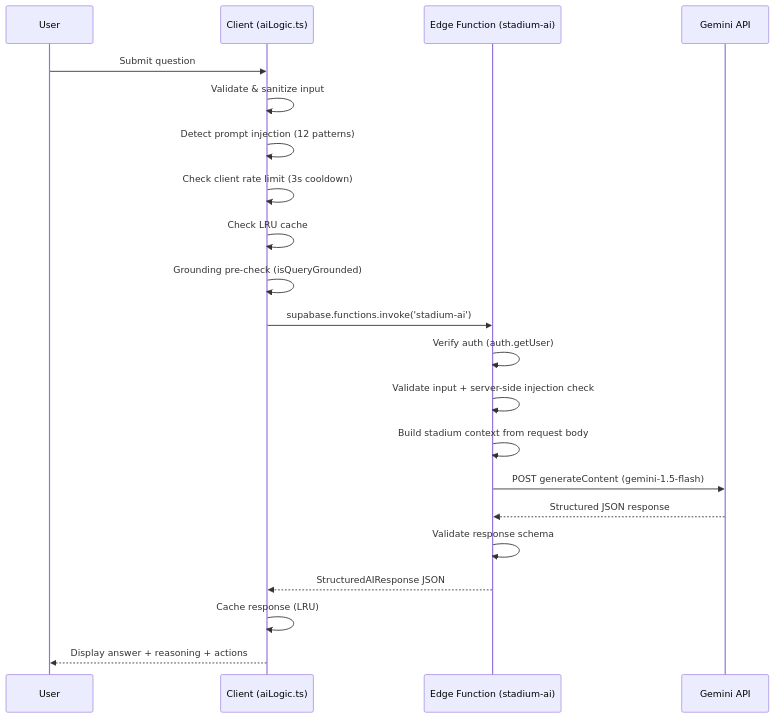
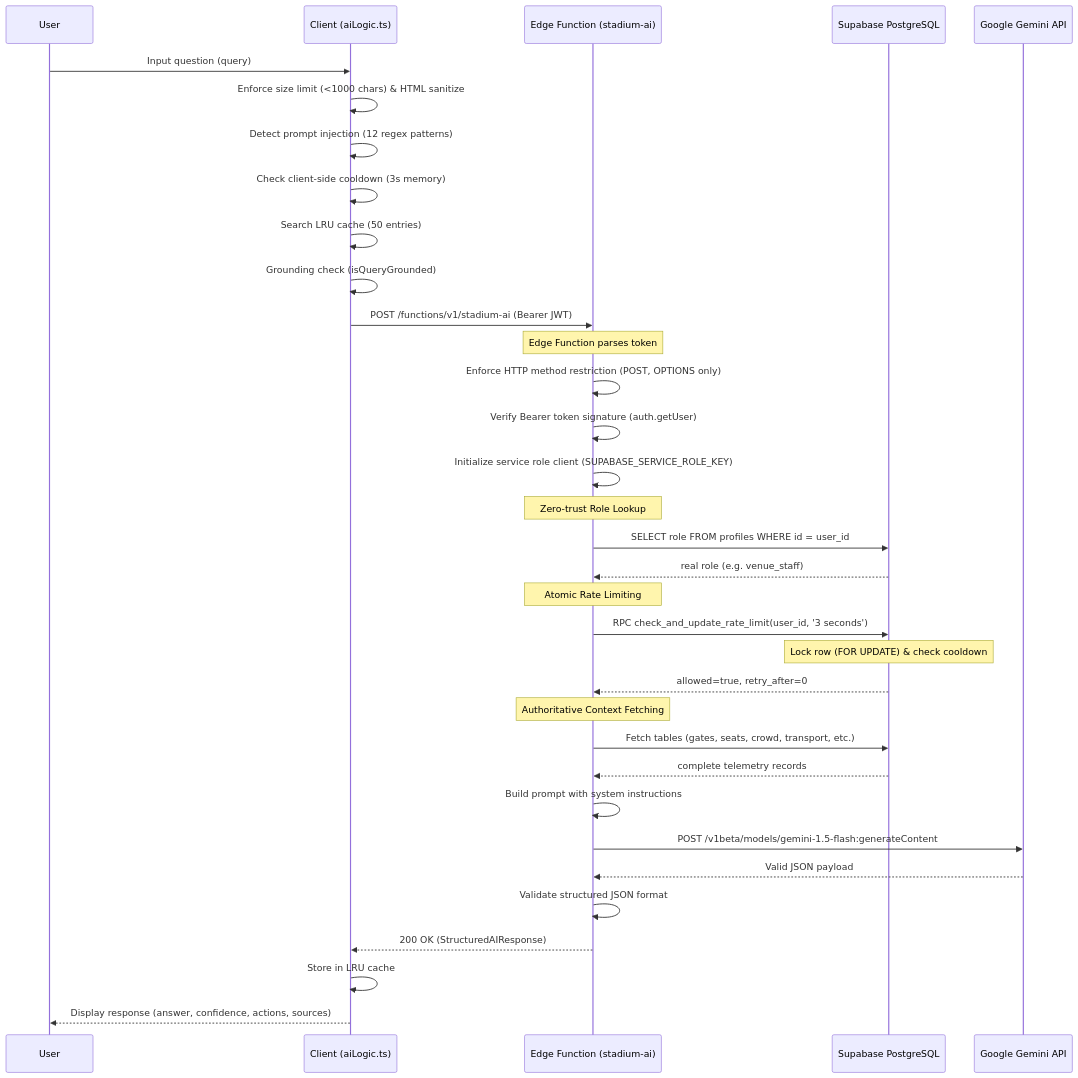
One commit to 1179irfatkhan-web/genai-smart-stadium-operation-platfrom changed the second of 2 diagrams in docs/ARCHITECTURE.md. Above: the diagram before and after it, drawn with Mermaid. The commit also changed other lines of this file and 23 other files, not shown here.

Commit message:
refactor: improve code quality, architecture, documentation, and Challenge 4 alignment

````diff
--- a/docs/ARCHITECTURE.md
+++ b/docs/ARCHITECTURE.md
@@ -47,24 +63,43 @@
 ```mermaid
 sequenceDiagram
     participant U as User
     participant C as Client (aiLogic.ts)
     participant E as Edge Function (stadium-ai)
-    participant G as Gemini API
+    participant DB as Supabase PostgreSQL
+    participant G as Google Gemini API
 
-    U->>C: Submit question
-    C->>C: Validate & sanitize input
-    C->>C: Detect prompt injection (12 patterns)
-    C->>C: Check client rate limit (3s cooldown)
-    C->>C: Check LRU cache
-    C->>C: Grounding pre-check (isQueryGrounded)
-    C->>E: supabase.functions.invoke('stadium-ai')
-    E->>E: Verify auth (auth.getUser)
-    E->>E: Validate input + server-side injection check
-    E->>E: Build stadium context from request body
-    E->>G: POST generateContent (gemini-1.5-flash)
-    G-->>E: Structured JSON response
-    E->>E: Validate response schema
-    E-->>C: StructuredAIResponse JSON
-    C->>C: Cache response (LRU)
-    C-->>U: Display answer + reasoning + actions
+    U->>C: Input question (query)
+    C->>C: Enforce size limit (<1000 chars) & HTML sanitize
+    C->>C: Detect prompt injection (12 regex patterns)
+    C->>C: Check client-side cooldown (3s memory)
+    C->>C: Search LRU cache (50 entries)
+    C->>C: Grounding check (isQueryGrounded)
+    C->>E: POST /functions/v1/stadium-ai (Bearer JWT)
+    
+    Note over E: Edge Function parses token
+    E->>E: Enforce HTTP method restriction (POST, OPTIONS only)
+    E->>E: Verify Bearer token signature (auth.getUser)
+    E->>E: Initialize service role client (SUPABASE_SERVICE_ROLE_KEY)
+    
+    Note over E: Zero-trust Role Lookup
+    E->>DB: SELECT role FROM profiles WHERE id = user_id
+    DB-->>E: real role (e.g. venue_staff)
+    
+    Note over E: Atomic Rate Limiting
+    E->>DB: RPC check_and_update_rate_limit(user_id, '3 seconds')
+    Note over DB: Lock row (FOR UPDATE) & check cooldown
+    DB-->>E: allowed=true, retry_after=0
+    
+    Note over E: Authoritative Context Fetching
+    E->>DB: Fetch tables (gates, seats, crowd, transport, etc.)
+    DB-->>E: complete telemetry records
+    
+    E->>E: Build prompt with system instructions
+    E->>G: POST /v1beta/models/gemini-1.5-flash:generateContent
+    G-->>E: Valid JSON payload
+    
+    E->>E: Validate structured JSON format
+    E-->>C: 200 OK (StructuredAIResponse)
+    C->>C: Store in LRU cache
+    C-->>U: Display response (answer, confidence, actions, sources)
 ```
````
